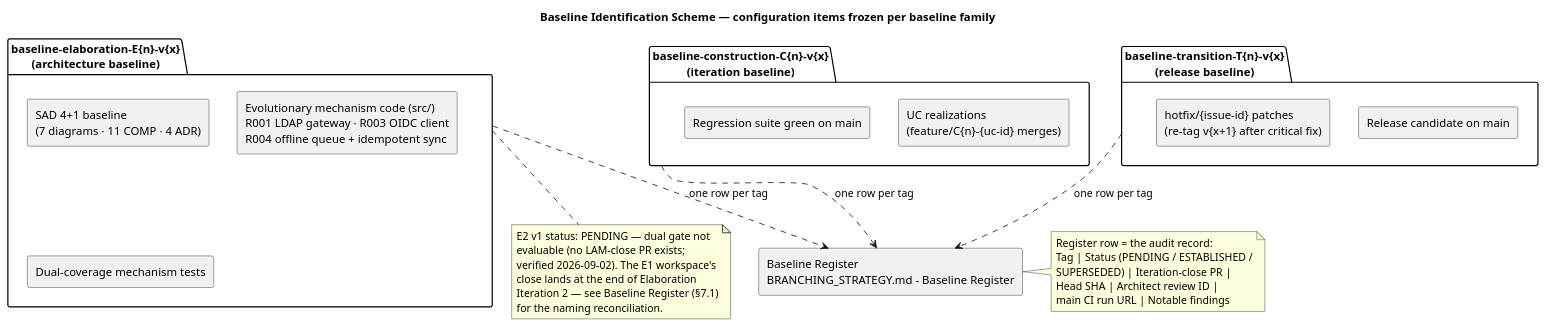
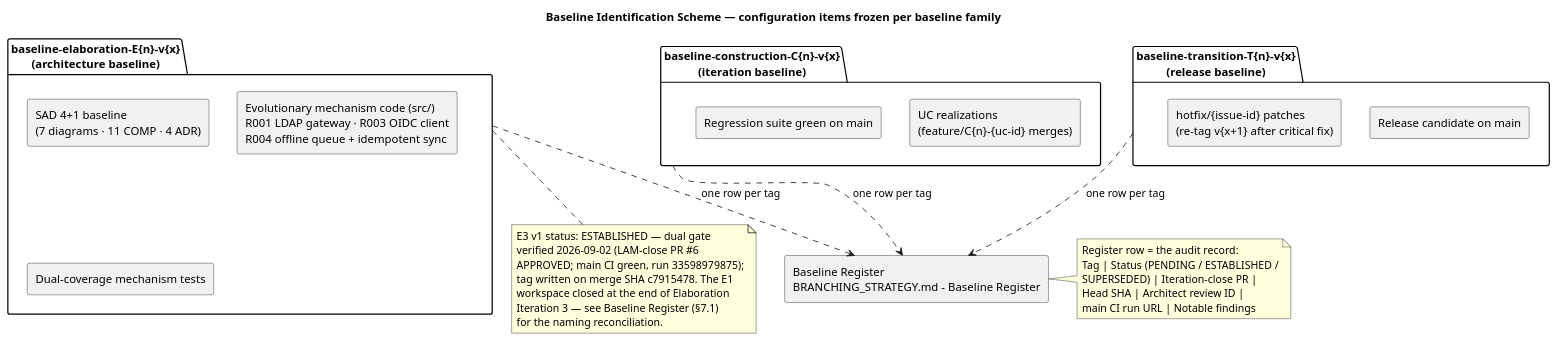
Before and after one commit to banense-test/employee-portal: the fourth of 4 diagrams in docs/BRANCHING_STRATEGY.md, drawn with PlantUML. The commit also changed other lines of this file, not shown here.

````diff
--- a/docs/BRANCHING_STRATEGY.md
+++ b/docs/BRANCHING_STRATEGY.md
@@ -378,46 +384,47 @@
 ```plantuml
 @startuml
 title Baseline Identification Scheme — configuration items frozen per baseline family
 
 skinparam componentStyle rectangle
 
 package "baseline-elaboration-E{n}-v{x}\n(architecture baseline)" as ELAB {
   component "SAD 4+1 baseline\n(7 diagrams · 11 COMP · 4 ADR)" as SAD_V
   component "Evolutionary mechanism code (src/)\nR001 LDAP gateway · R003 OIDC client\nR004 offline queue + idempotent sync" as MECH_C
   component "Dual-coverage mechanism tests" as MECH_T
 }
 
 package "baseline-construction-C{n}-v{x}\n(iteration baseline)" as CONS {
   component "UC realizations\n(feature/C{n}-{uc-id} merges)" as UC_R
   component "Regression suite green on main" as REG_S
 }
 
 package "baseline-transition-T{n}-v{x}\n(release baseline)" as TRANS {
   component "Release candidate on main" as REL_C
   component "hotfix/{issue-id} patches\n(re-tag v{x+1} after critical fix)" as HOT_P
 }
 
 component "Baseline Register\nBRANCHING_STRATEGY.md - Baseline Register" as REG
 
 ELAB ..> REG : one row per tag
 CONS ..> REG : one row per tag
 TRANS ..> REG : one row per tag
 
 note bottom of ELAB
-  E2 v1 status: PENDING — dual gate not
-  evaluable (no LAM-close PR exists;
-  verified 2026-09-02). The E1 workspace's
-  close lands at the end of Elaboration
-  Iteration 2 — see Baseline Register (§7.1)
+  E3 v1 status: ESTABLISHED — dual gate
+  verified 2026-09-02 (LAM-close PR #6
+  APPROVED; main CI green, run 33598979875);
+  tag written on merge SHA c7915478. The E1
+  workspace closed at the end of Elaboration
+  Iteration 3 — see Baseline Register (§7.1)
   for the naming reconciliation.
 end note
 
 note right of REG
   Register row = the audit record:
   Tag | Status (PENDING / ESTABLISHED /
   SUPERSEDED) | Iteration-close PR |
   Head SHA | Architect review ID |
   main CI run URL | Notable findings
 end note
 @enduml
 ```
````
